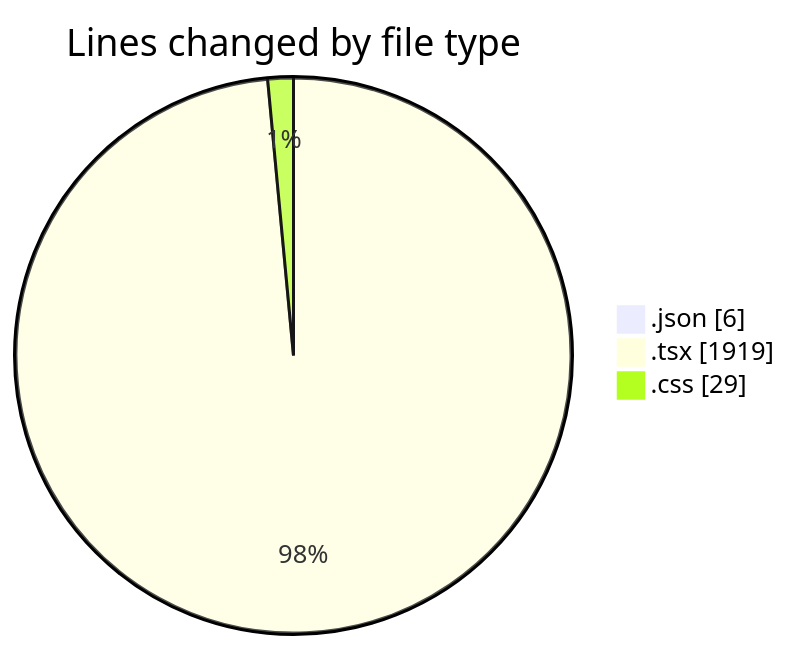
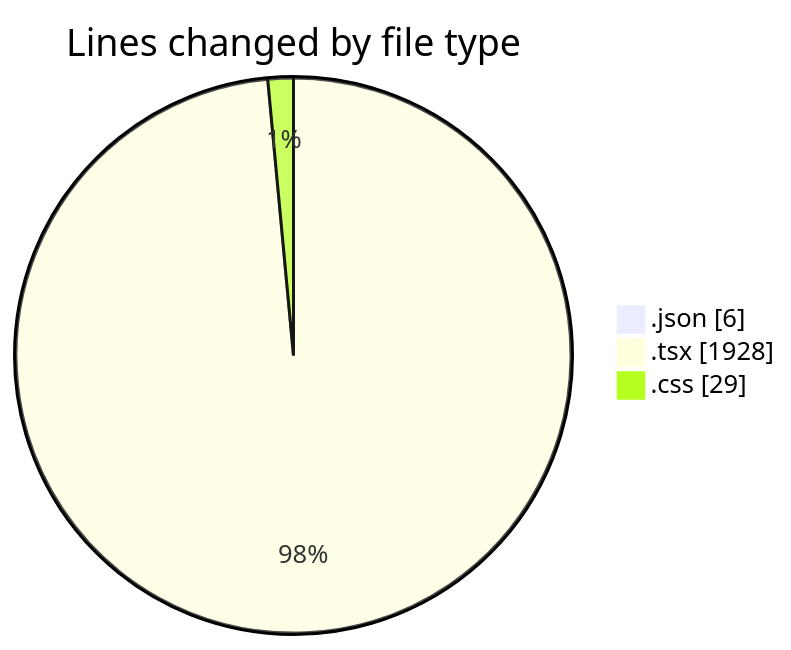
One commit to Elitesun/code-tracking changed the first of 2 diagrams in 2025-04-07/sungpt/README.md. Above: the diagram before and after it, drawn with Mermaid. The commit also changed other lines of this file and 1 other file, not shown here.

````diff
--- a/2025-04-07/sungpt/README.md
+++ b/2025-04-07/sungpt/README.md
@@ -28,7 +28,7 @@
 ```mermaid
 pie showData
 title Lines changed by file type
 ".json" : 6
-".tsx" : 1919
+".tsx" : 1928
 ".css" : 29
 ```
````
